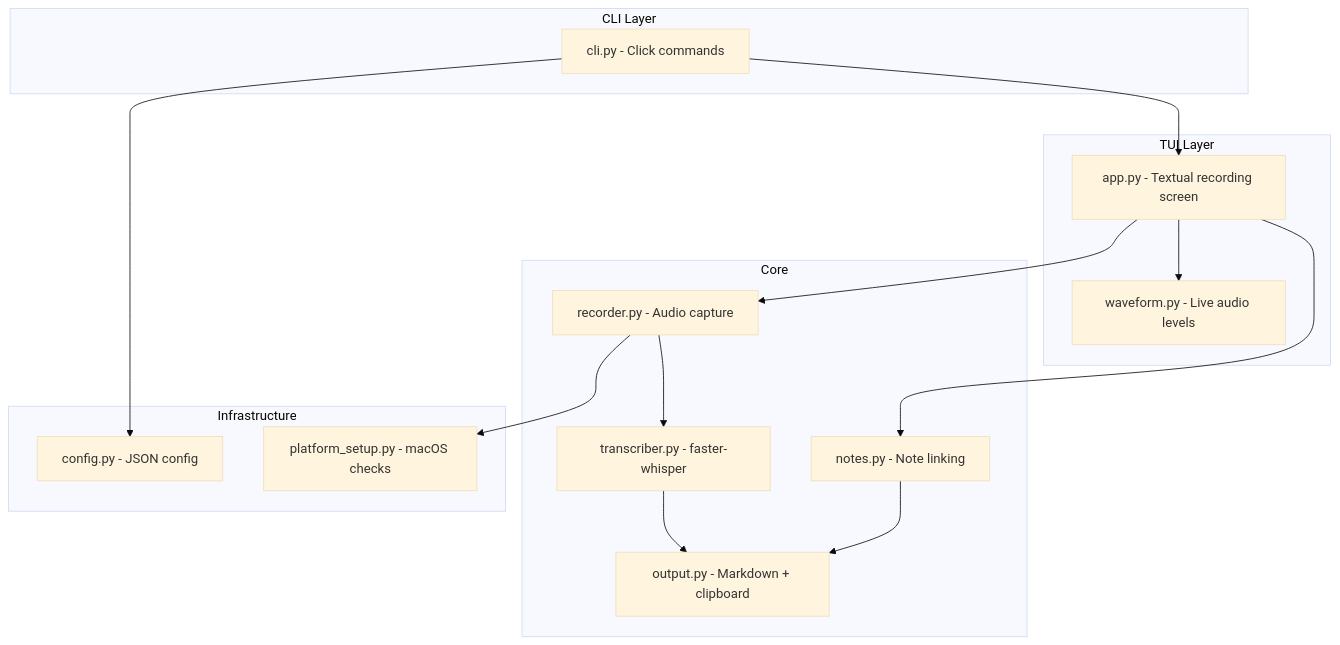
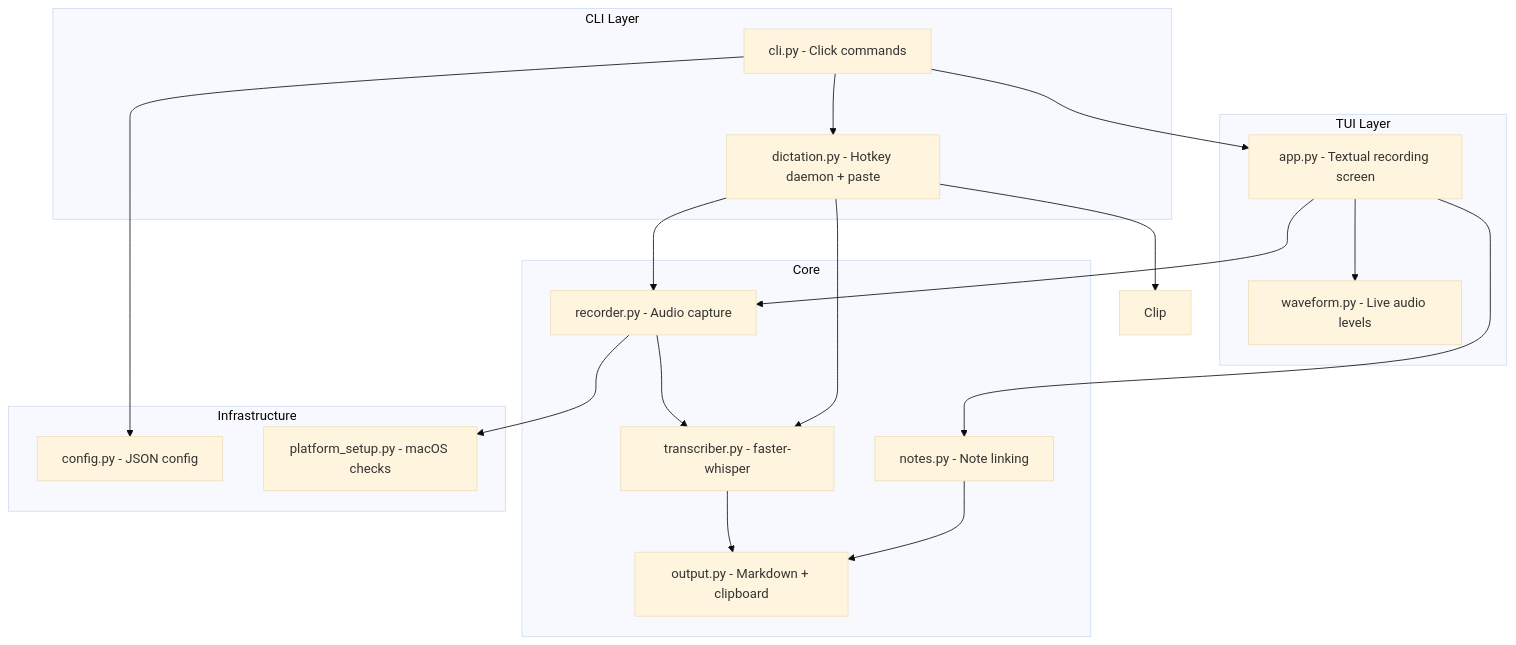
The second of 5 diagrams in docs/architecture.md (Lenniott/liscribe), drawn with Mermaid (base theme) before and after one commit. The commit also changed other lines of this file and 4 other files, not shown here.

First line of the commit message:
Add documentation for rec dictate: README, architecture, navigation, workflows, setup guide

````diff
--- a/docs/architecture.md
+++ b/docs/architecture.md
@@ -23,33 +23,38 @@
 ```mermaid
 graph TD
     subgraph cli_layer [CLI Layer]
         CLI["cli.py - Click commands"]
+        Dictation["dictation.py - Hotkey daemon + paste"]
     end
 
     subgraph core [Core]
         Recorder["recorder.py - Audio capture"]
         Transcriber["transcriber.py - faster-whisper"]
         Notes["notes.py - Note linking"]
         Output["output.py - Markdown + clipboard"]
     end
 
     subgraph ui [TUI Layer]
         App["app.py - Textual recording screen"]
         Waveform["waveform.py - Live audio levels"]
     end
 
     subgraph infra [Infrastructure]
         Config["config.py - JSON config"]
         Platform["platform_setup.py - macOS checks"]
     end
 
     CLI --> App
+    CLI --> Dictation
     CLI --> Config
     App --> Recorder
     App --> Waveform
     App --> Notes
     Recorder --> Transcriber
     Transcriber --> Output
     Notes --> Output
     Recorder --> Platform
+    Dictation --> Recorder
+    Dictation --> Transcriber
+    Dictation --> Clip
 ```
````
